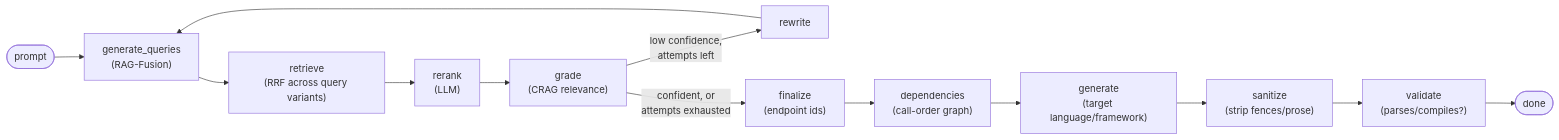
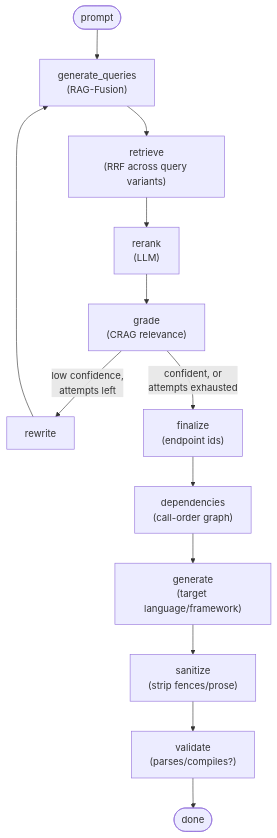
The diagram in Readme.md (tony-darco/casewright), drawn with Mermaid before and after one commit. The commit also changed other lines of this file, not shown here.

Commit message:
Update architecture diagrams in README: remove old flowchart and adjust layout for clarity

````diff
--- a/Readme.md
+++ b/Readme.md
@@ -127,15 +101,15 @@
 ```mermaid
-flowchart LR
+flowchart TD
     START(["prompt"]) --> GQ["generate_queries<br/>(RAG-Fusion)"]
     GQ --> RET["retrieve<br/>(RRF across query variants)"]
     RET --> RANK["rerank<br/>(LLM)"]
     RANK --> GRADE["grade<br/>(CRAG relevance)"]
     GRADE -- "low confidence,<br/>attempts left" --> REWRITE["rewrite"]
     REWRITE --> GQ
     GRADE -- "confident, or<br/>attempts exhausted" --> FIN["finalize<br/>(endpoint ids)"]
     FIN --> DEPS["dependencies<br/>(call-order graph)"]
     DEPS --> GEN["generate<br/>(target language/framework)"]
     GEN --> SAN["sanitize<br/>(strip fences/prose)"]
     SAN --> VAL["validate<br/>(parses/compiles?)"]
     VAL --> DONE(["done"])
 ```
````
